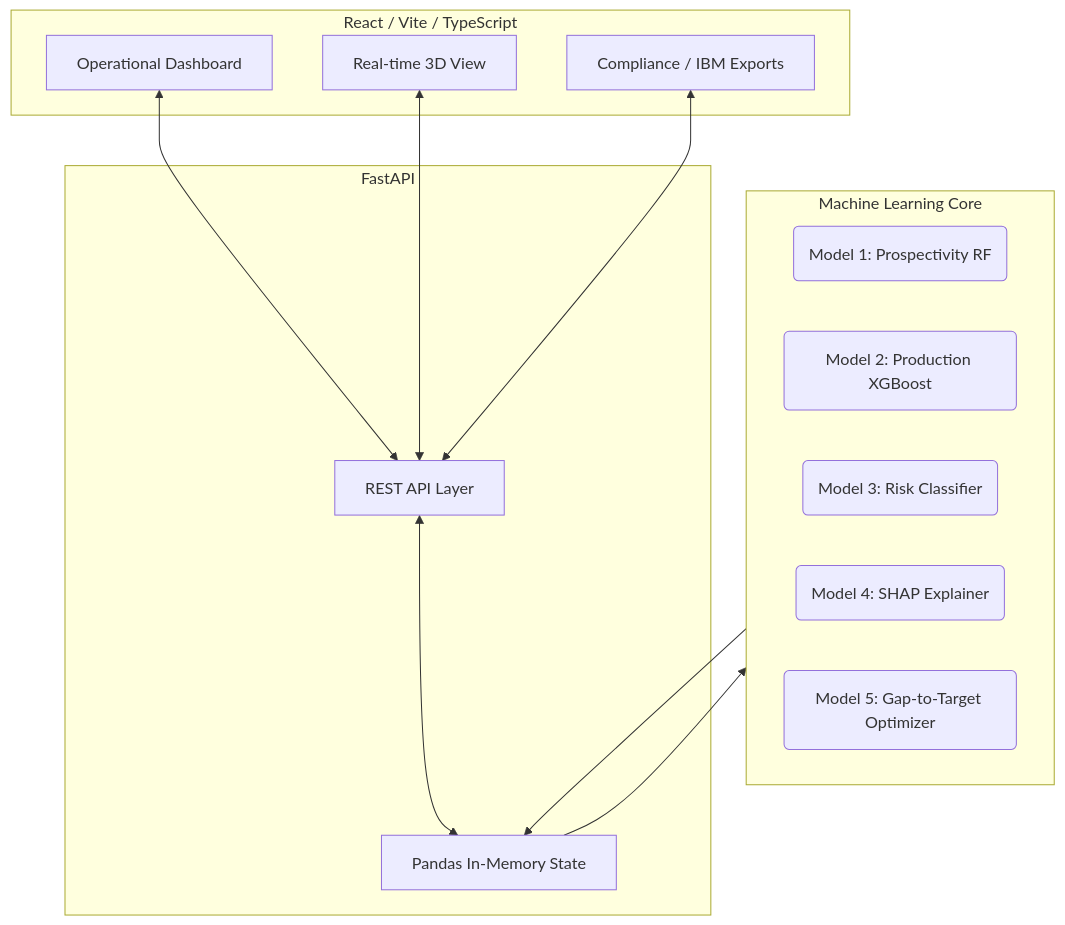
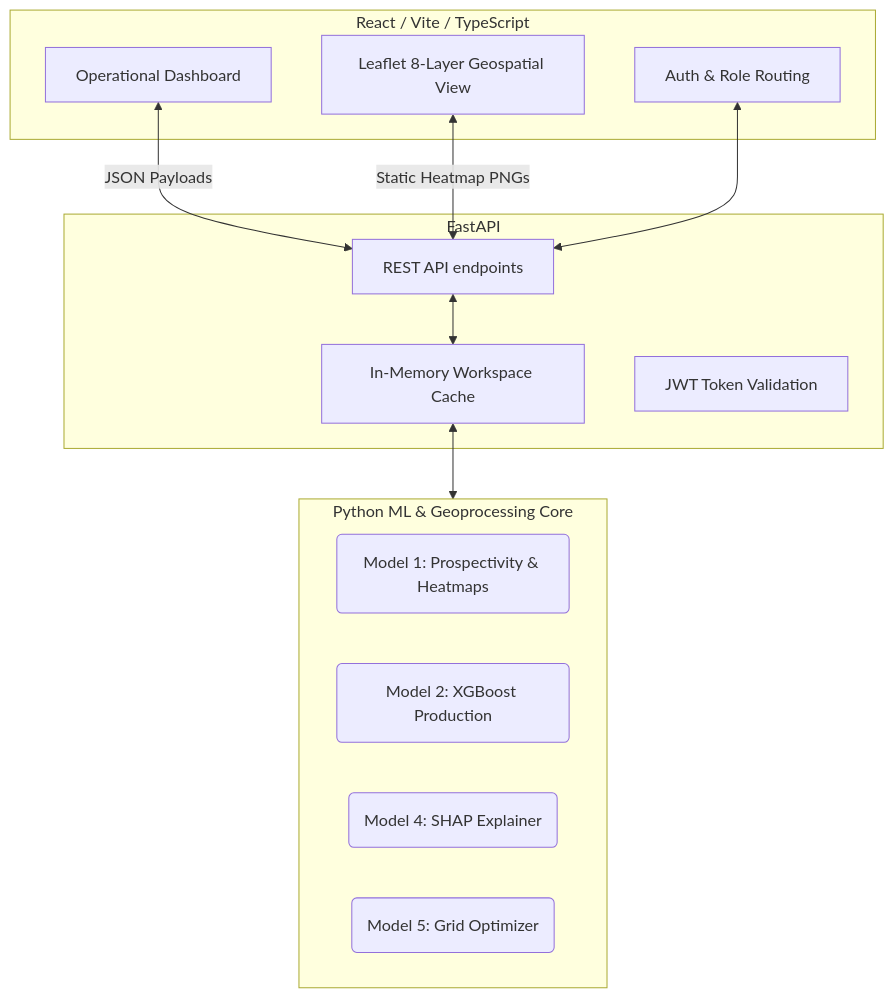
One commit to NiranjanS20/SIH-26 changed the diagram in README.md. Above: the diagram before and after it, drawn with Mermaid. The commit also changed other lines of this file, not shown here.

````diff
--- a/README.md
+++ b/README.md
@@ -49,28 +52,27 @@
 ```mermaid
 graph TD;
     subgraph Frontend [React / Vite / TypeScript]
         UI[Operational Dashboard]
-        3D[Real-time 3D View]
-        Rep[Compliance / IBM Exports]
+        Map[Leaflet 8-Layer Geospatial View]
+        RBAC[Auth & Role Routing]
     end
 
     subgraph Backend [FastAPI]
-        API[REST API Layer]
-        Data[Pandas In-Memory State]
+        API[REST API endpoints]
+        Cache[In-Memory Workspace Cache]
+        Auth[JWT Token Validation]
     end
 
-    subgraph AI_Engine [Machine Learning Core]
-        M1(Model 1: Prospectivity RF)
-        M2(Model 2: Production XGBoost)
-        M3(Model 3: Risk Classifier)
+    subgraph AI_Engine [Python ML & Geoprocessing Core]
+        M1(Model 1: Prospectivity & Heatmaps)
+        M2(Model 2: XGBoost Production)
         M4(Model 4: SHAP Explainer)
-        M5(Model 5: Gap-to-Target Optimizer)
+        M5(Model 5: Grid Optimizer)
     end
 
-    UI <--> API
-    3D <--> API
-    Rep <--> API
-    API <--> Data
-    Data --> AI_Engine
-    AI_Engine --> Data
+    UI <-->|JSON Payloads| API
+    Map <-->|Static Heatmap PNGs| API
+    RBAC <--> API
+    API <--> Cache
+    Cache <--> AI_Engine
 ```
````
